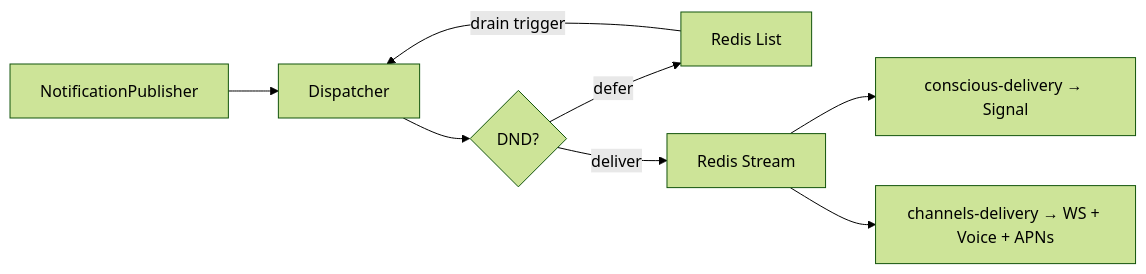
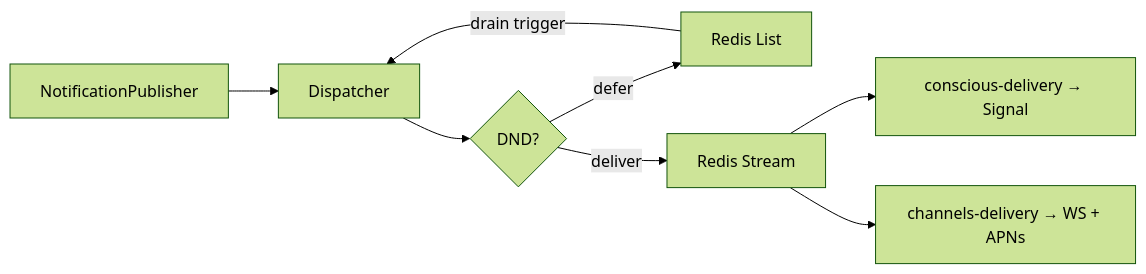
Before and after one commit to anirudhlath/alfred: the second of 2 diagrams in core/CLAUDE.md, drawn with Mermaid (forest theme). The commit also changed other lines of this file and 1 other file, not shown here.

Commit message:
docs(d28): update CLAUDE.md to reflect D28 TTS delivery architecture change
Voice adapter is no longer loaded in the channels process. TTS audio
synthesis for URGENT notifications is now handled inline by the
WebSocket adapter. Updated the notification data flow diagram and
adapter list in core/CLAUDE.md, and the architecture diagram in
root CLAUDE.md.

````diff
--- a/core/CLAUDE.md
+++ b/core/CLAUDE.md
@@ -108,10 +108,10 @@
 ```mermaid
 graph LR
     Pub[NotificationPublisher] --> Disp[Dispatcher]
     Disp --> DND{DND?}
     DND -->|defer| List[Redis List]
     DND -->|deliver| Stream[Redis Stream]
     Stream --> CG1[conscious-delivery → Signal]
-    Stream --> CG2[channels-delivery → WS + Voice + APNs]
+    Stream --> CG2[channels-delivery → WS + APNs]
     List -->|drain trigger| Disp
 ```
````
